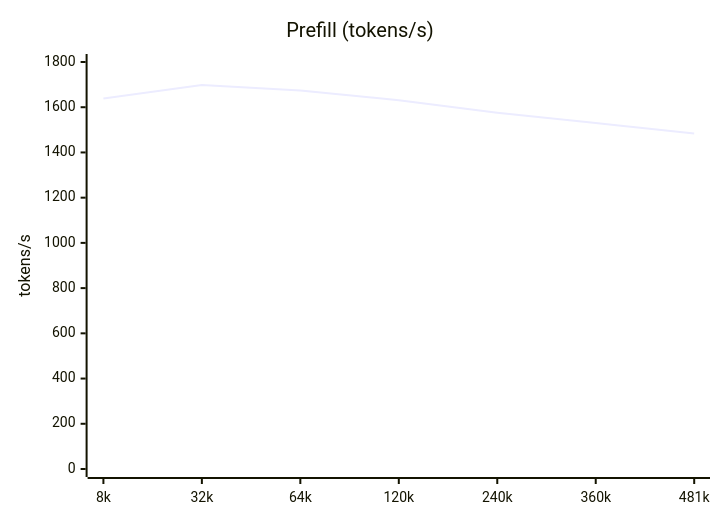
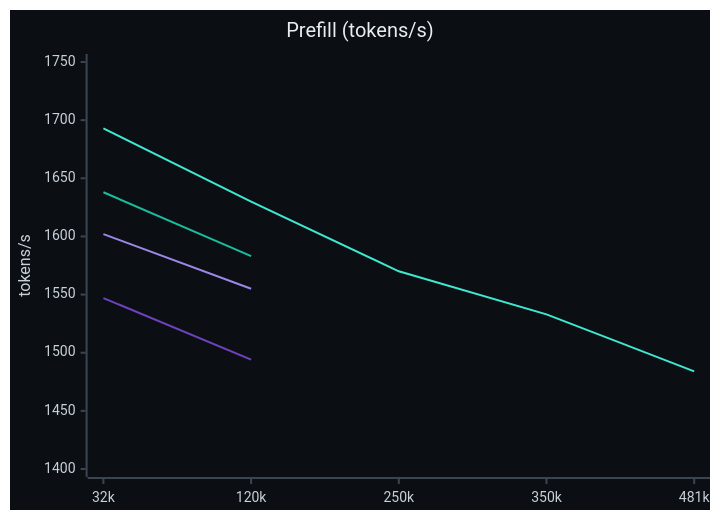
One commit to Cheblan/strixite changed the first of 2 diagrams in README.md. Above: the diagram before and after it, drawn with Mermaid. The commit also changed other lines of this file, not shown here.

Commit message:
README: speed charts by release (v0.1.0 to v0.4.0), in the banner's colors

````diff
--- a/README.md
+++ b/README.md
@@ -26,7 +29,11 @@
 ```mermaid
+%%{init: {"theme": "base", "themeVariables": {"xyChart": {"backgroundColor": "#0b0f14", "titleColor": "#e6edf3", "xAxisLabelColor": "#c9d1d9", "yAxisLabelColor": "#c9d1d9", "xAxisTitleColor": "#c9d1d9", "yAxisTitleColor": "#c9d1d9", "xAxisLineColor": "#3b4552", "yAxisLineColor": "#3b4552", "xAxisTickColor": "#3b4552", "yAxisTickColor": "#3b4552", "plotColorPalette": "#6f42c1, #9b87e8, #1abc9c, #3fe8d0"}}}}%%
 xychart-beta
     title "Prefill (tokens/s)"
-    x-axis ["8k", "32k", "64k", "120k", "240k", "360k", "481k"]
-    y-axis "tokens/s" 0 --> 1800
-    line [1639, 1698, 1674, 1631, 1576, 1530, 1484]
+    x-axis ["32k", "120k", "250k", "350k", "481k"]
+    y-axis "tokens/s" 1400 --> 1750
+    line [1547, 1494]
+    line [1602, 1555]
+    line [1638, 1583]
+    line [1693, 1630, 1570, 1533, 1484]
 ```
````
